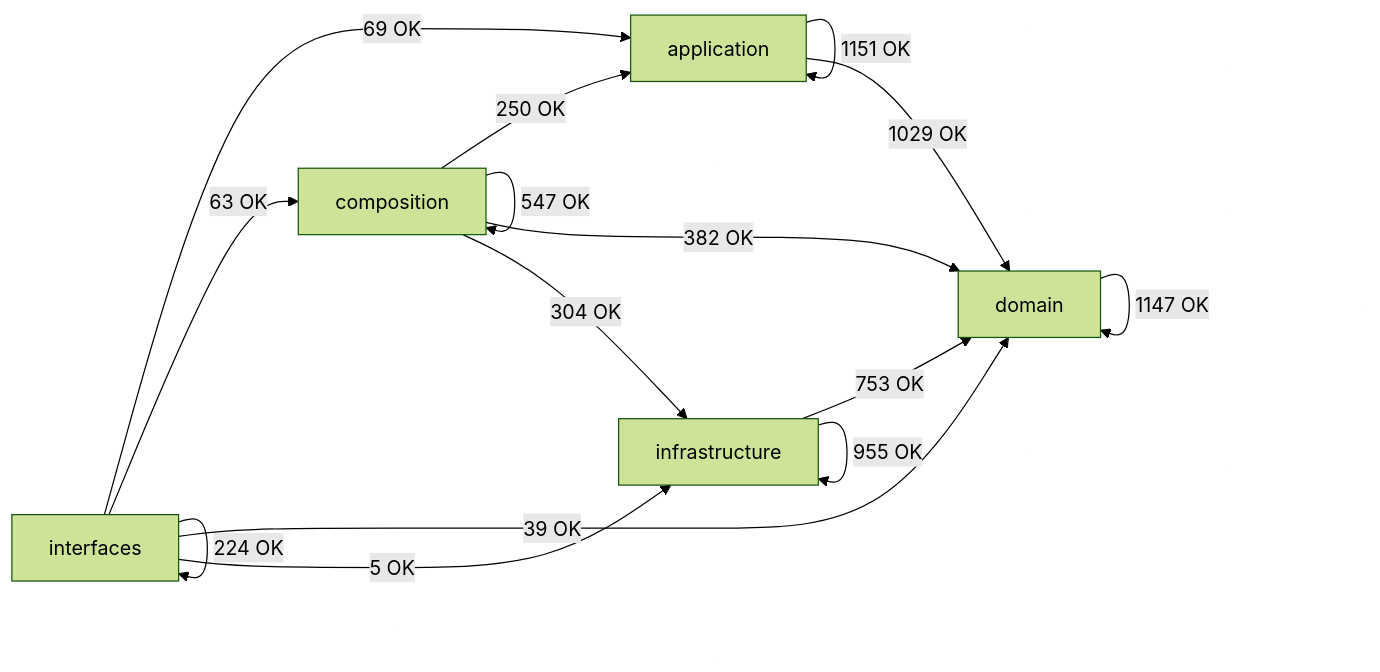
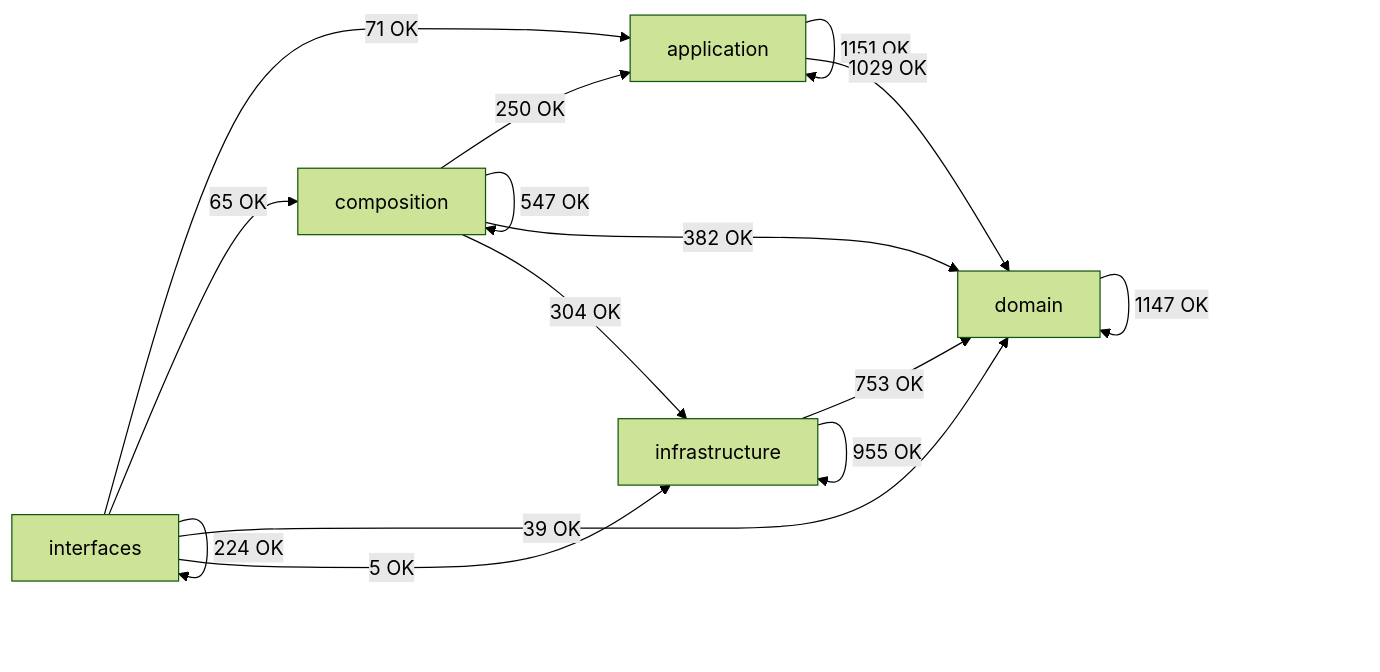
The diagram in docs/02-architecture/generated/module-dependency-map.md (SatoryKono/BioactivityDataAcquisition), drawn with Mermaid (forest theme) before and after one commit. The commit also changed other lines of this file and 19 other files, not shown here.

````diff
--- a/docs/02-architecture/generated/module-dependency-map.md
+++ b/docs/02-architecture/generated/module-dependency-map.md
@@ -17,22 +17,22 @@
 ```mermaid
 flowchart LR
     domain[domain]
     application[application]
     infrastructure[infrastructure]
     composition[composition]
     interfaces[interfaces]
     application -->|1151 OK| application
     application -->|1029 OK| domain
     composition -->|250 OK| application
     composition -->|547 OK| composition
     composition -->|382 OK| domain
     composition -->|304 OK| infrastructure
     domain -->|1147 OK| domain
     infrastructure -->|753 OK| domain
     infrastructure -->|955 OK| infrastructure
-    interfaces -->|69 OK| application
-    interfaces -->|63 OK| composition
+    interfaces -->|71 OK| application
+    interfaces -->|65 OK| composition
     interfaces -->|39 OK| domain
     interfaces -->|5 OK| infrastructure
     interfaces -->|224 OK| interfaces
 ```
````
